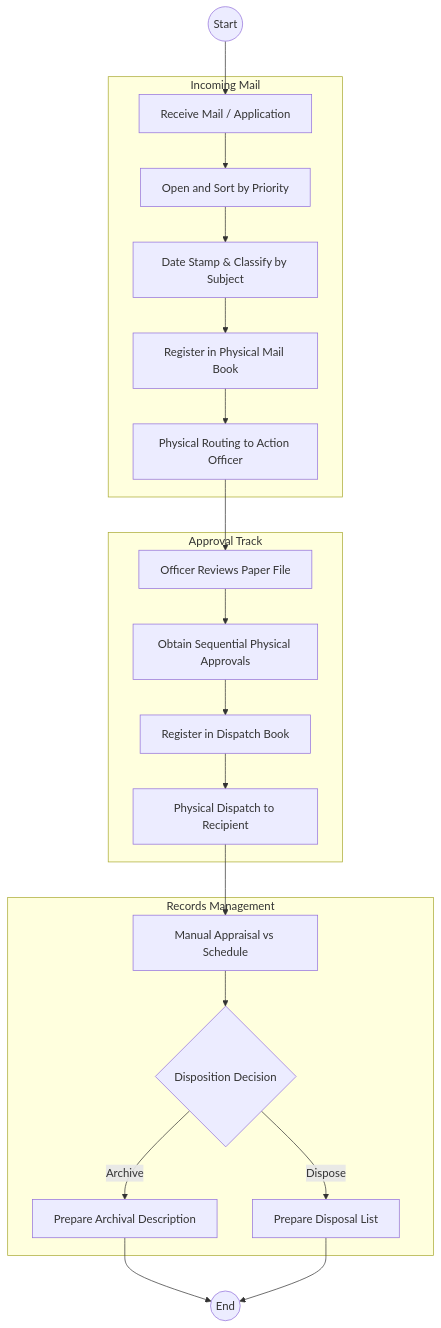
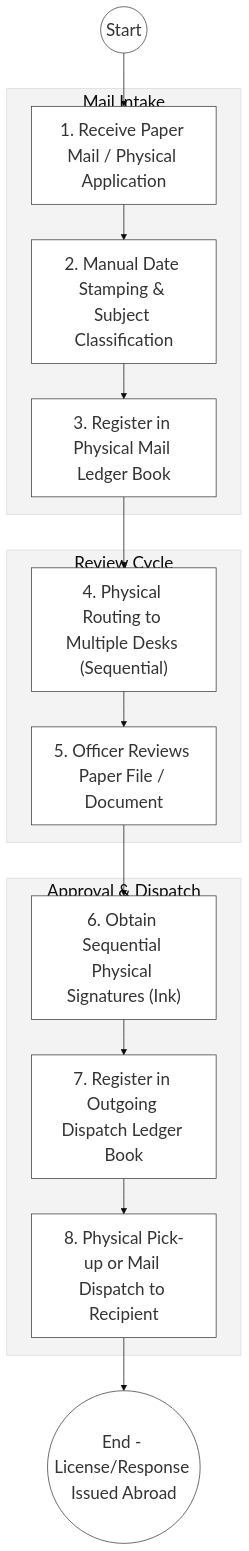
The first of 2 diagrams in mdas/docs_final/priority_mdas/Energy___Service_Delivery.md (BITZ-IT-Consulting-LTD/ictapoc), drawn with Mermaid before and after one commit. The commit also changed other lines of this file and 37 other files, not shown here.

````diff
--- a/mdas/docs_final/priority_mdas/Energy___Service_Delivery.md
+++ b/mdas/docs_final/priority_mdas/Energy___Service_Delivery.md
@@ -51,28 +77,23 @@
 ```mermaid
+%%{init: { 'theme': 'base', 'themeVariables': { 'fontSize': '24px', 'fontFamily': 'Inter, system-ui, sans-serif', 'primaryColor': '#ffffff', 'edgeLabelBackground':'#ffffff', 'tertiaryColor': '#f3f3f3', 'mainBkg': '#ffffff', 'nodeBorder': '#333333' } } }%%
 flowchart TD
-    Start((Start)) --> Receive["Receive Mail / Application"]
+    Start((Start)) --> Receive["1. Receive Paper Mail / Physical Application"]
     
-    subgraph Registry_Operations["Incoming Mail"]
-        Receive --> Sort["Open and Sort by Priority"]
-        Sort --> Stamp["Date Stamp & Classify by Subject"]
-        Stamp --> Register["Register in Physical Mail Book"]
-        Register --> Route["Physical Routing to Action Officer"]
+    subgraph Registry_Silo["Mail Intake"]
+        Receive --> Stamp["2. Manual Date Stamping & Subject Classification"]
+        Stamp --> Register["3. Register in Physical Mail Ledger Book"]
     end
-    
-    subgraph Action["Approval Track"]
-        Route --> Prepare["Officer Reviews Paper File"]
-        Prepare --> Approvals["Obtain Sequential Physical Approvals"]
-        Approvals --> DispatchBook["Register in Dispatch Book"]
-        DispatchBook --> Dispatch["Physical Dispatch to Recipient"]
+
+    subgraph Operation_Silo["Review Cycle"]
+        Register --> Route["4. Physical Routing to Multiple Desks (Sequential)"]
+        Route --> Review["5. Officer Reviews Paper File / Document"]
     end
-    
-    subgraph Archival["Records Management"]
-        Dispatch --> Appraisal["Manual Appraisal vs Schedule"]
-        Appraisal --> Disp{"Disposition Decision"}
-        Disp -- "Archive" --> ArchDesc["Prepare Archival Description"]
-        Disp -- "Dispose" --> DispList["Prepare Disposal List"]
+
+    subgraph Settlement_Layer["Approval & Dispatch"]
+        Review --> Appr["6. Obtain Sequential Physical Signatures (Ink)"]
+        Appr --> LogOut["7. Register in Outgoing Dispatch Ledger Book"]
+        LogOut --> Dispatch["8. Physical Pick-up or Mail Dispatch to Recipient"]
     end
-    
-    ArchDesc --> End((End))
-    DispList --> End
+
+    Dispatch --> EndProcess(("End - License/Response Issued Abroad"))
 ```
````
